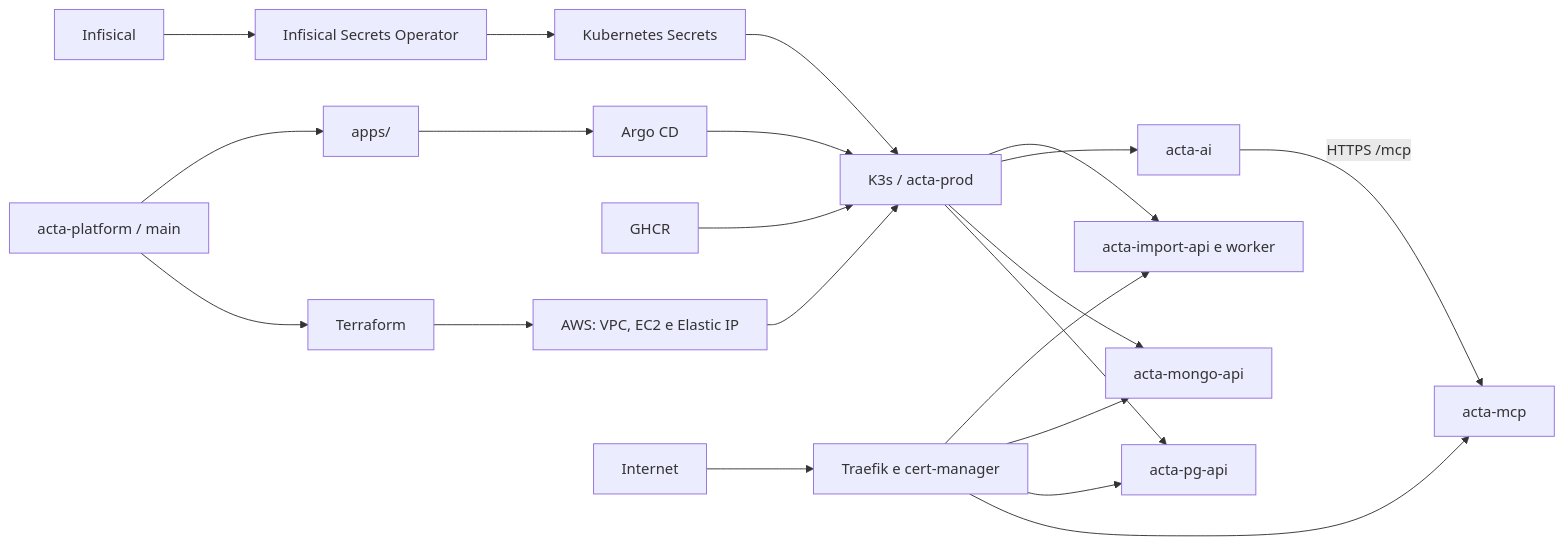
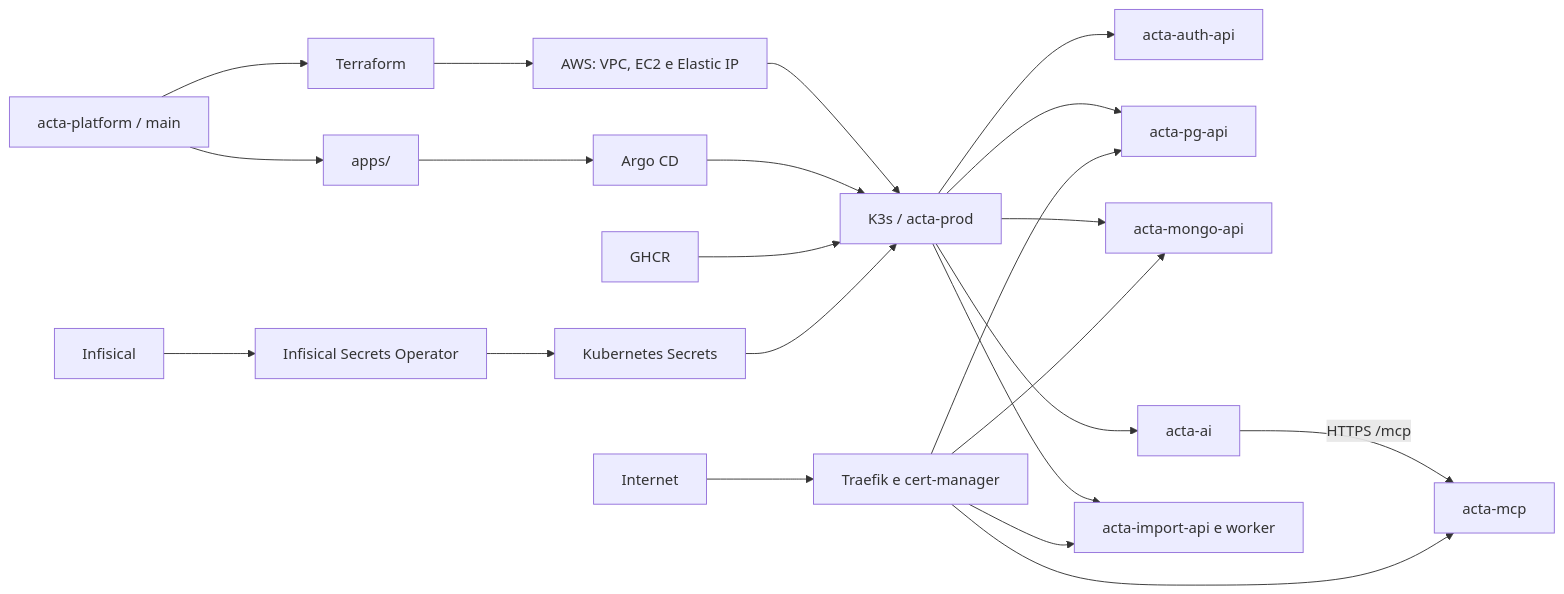
Before and after one commit to AppActa/acta-platform: the second of 2 diagrams in README.md, drawn with Mermaid. The commit also changed other lines of this file and 1 other file, not shown here.

Commit message:
docs: atualiza documentação da Auth API, incluindo referências e configurações no Infisical

````diff
--- a/README.md
+++ b/README.md
@@ -166,27 +167,28 @@
 ```mermaid
 flowchart LR
     R[acta-platform / main] --> T[Terraform]
     T --> AWS[AWS: VPC, EC2 e Elastic IP]
     AWS --> K3S[K3s / acta-prod]
 
     R --> A[apps/]
     A --> CD[Argo CD]
     CD --> K3S
 
     GHCR[GHCR] --> K3S
     INF[Infisical] --> OP[Infisical Secrets Operator]
     OP --> SEC[Kubernetes Secrets]
     SEC --> K3S
 
+    K3S --> AUTH[acta-auth-api]
     K3S --> PG[acta-pg-api]
     K3S --> MG[acta-mongo-api]
     K3S --> AI[acta-ai]
     AI  --> |HTTPS /mcp| MCP[acta-mcp]
     K3S --> IM[acta-import-api e worker]
 
     NET[Internet] --> ING[Traefik e cert-manager]
     ING --> MCP
     ING --> PG
     ING --> MG
     ING --> IM
 ```
````
